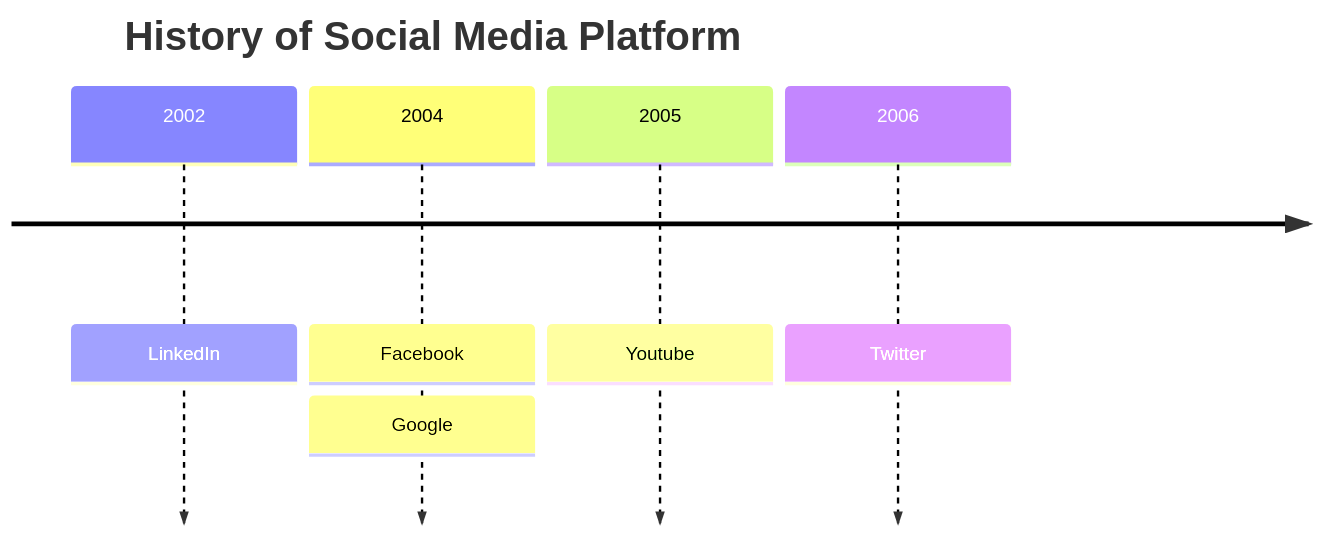
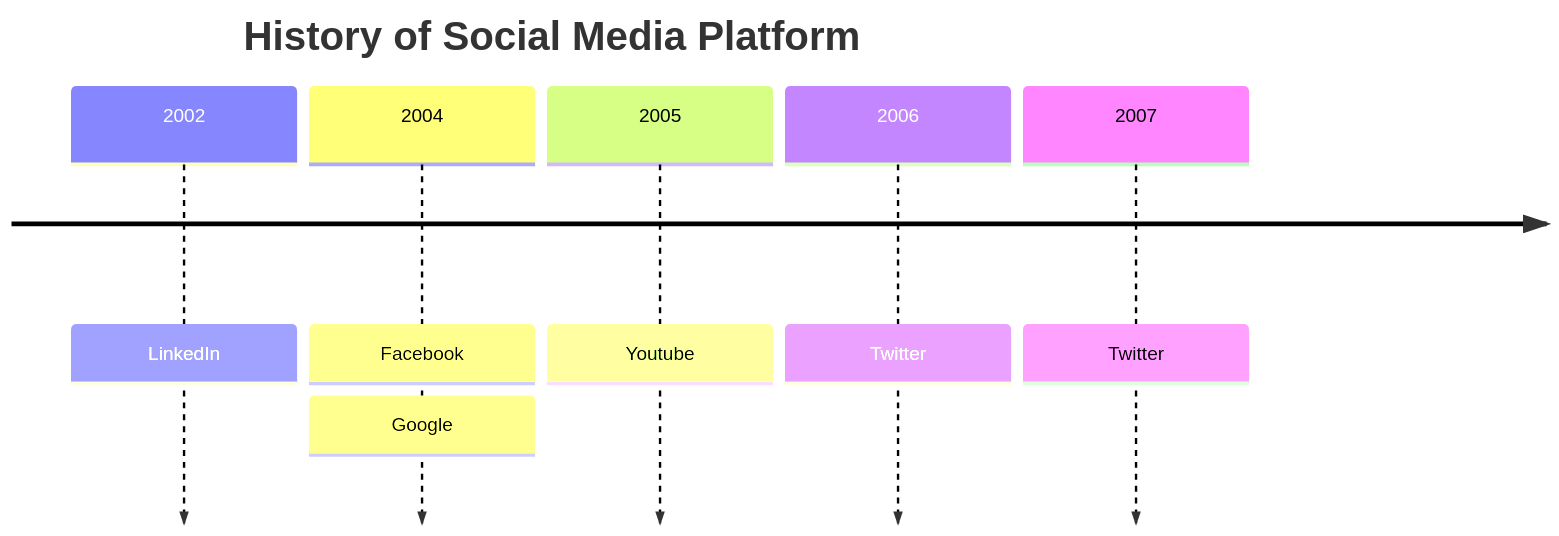
The first of 5 diagrams in README.md (ABarthDew/ABarthDew), drawn with Mermaid before and after one commit.

````diff
--- a/README.md
+++ b/README.md
@@ -6,8 +6,9 @@
 ```mermaid
 timeline
     title History of Social Media Platform
     2002 : LinkedIn
     2004 : Facebook : Google
     2005 : Youtube
     2006 : Twitter
+    2007 : Twitter
 ```
````
